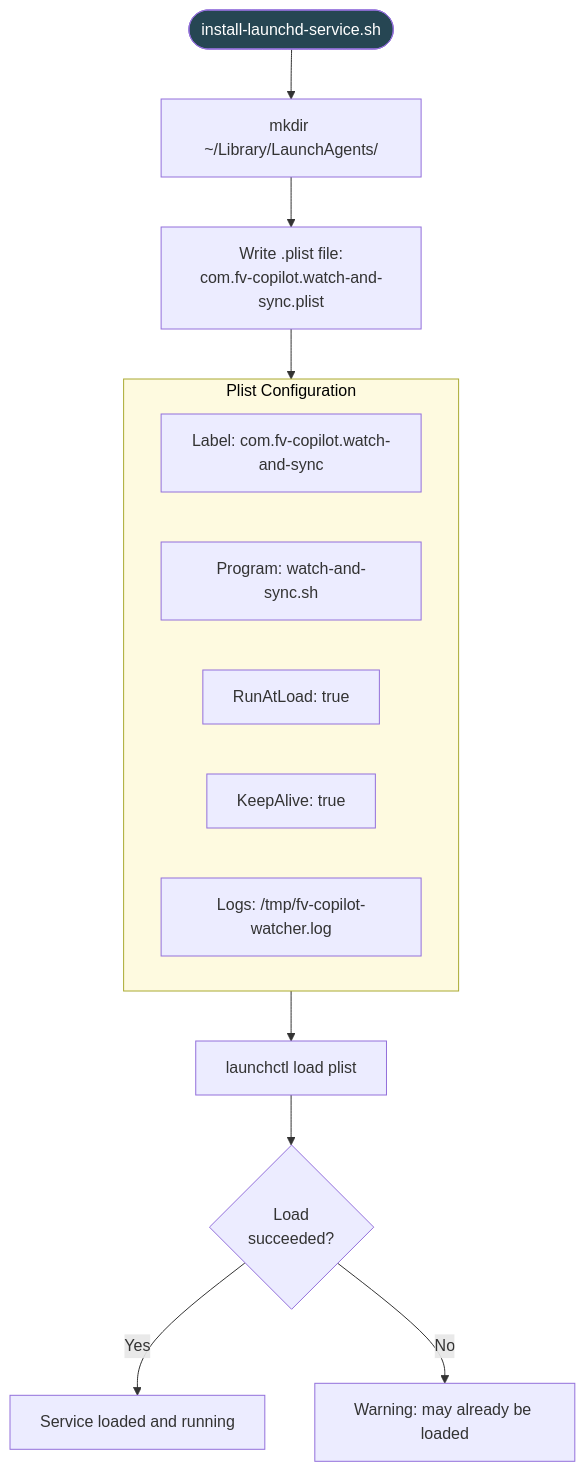
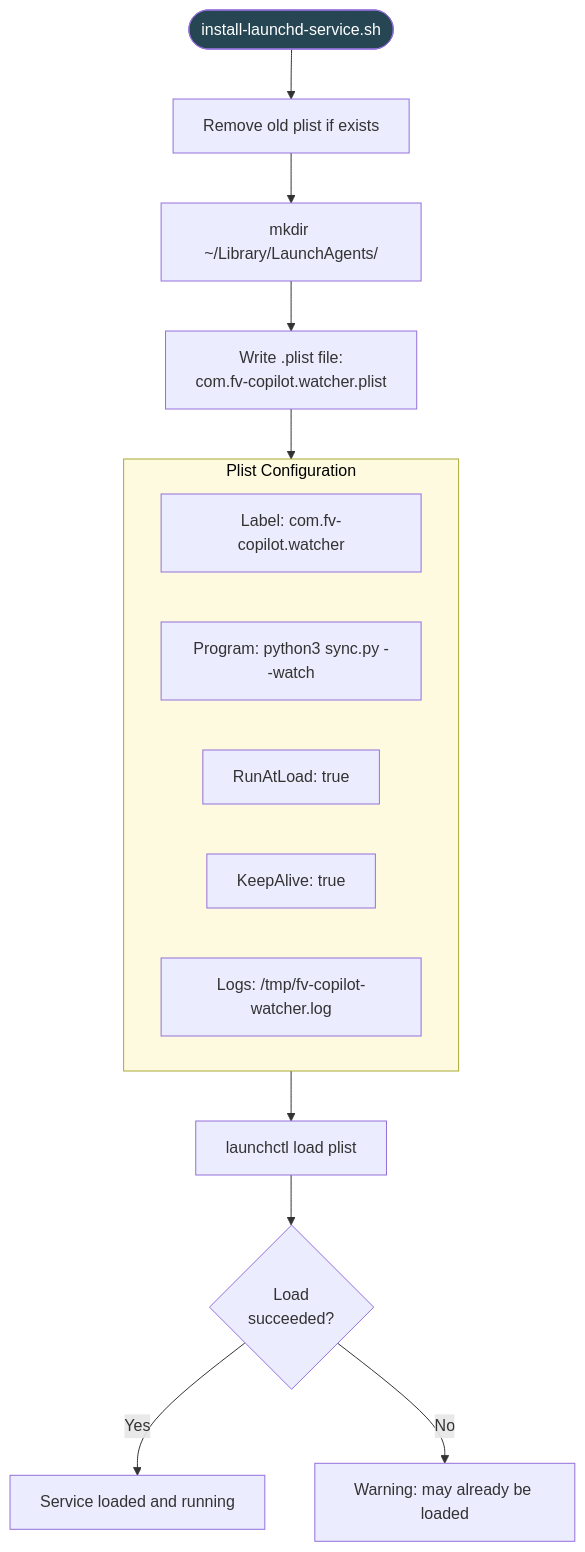
One commit to ElliottBregni/obscura changed the tenth of 16 diagrams in docs/DESIGN-DIAGRAMS.md. Above: the diagram before and after it, drawn with Mermaid. The commit also changed other lines of this file and 35 other files, not shown here.

````diff
--- a/docs/DESIGN-DIAGRAMS.md
+++ b/docs/DESIGN-DIAGRAMS.md
@@ -615,22 +326,23 @@
 ```mermaid
 flowchart TD
-    Entry([install-launchd-service.sh]) --> MkDir["mkdir ~/Library/LaunchAgents/"]
-    MkDir --> WritePlist["Write .plist file:<br/>com.fv-copilot.watch-and-sync.plist"]
+    Entry([install-launchd-service.sh]) --> CleanOld["Remove old plist if exists"]
+    CleanOld --> MkDir["mkdir ~/Library/LaunchAgents/"]
+    MkDir --> WritePlist["Write .plist file:<br/>com.fv-copilot.watcher.plist"]
 
     subgraph PlistConfig["Plist Configuration"]
-        P1["Label: com.fv-copilot.watch-and-sync"]
-        P2["Program: watch-and-sync.sh"]
+        P1["Label: com.fv-copilot.watcher"]
+        P2["Program: python3 sync.py --watch"]
         P3["RunAtLoad: true"]
         P4["KeepAlive: true"]
         P5["Logs: /tmp/fv-copilot-watcher.log"]
     end
 
     WritePlist --> PlistConfig
     PlistConfig --> Load["launchctl load plist"]
     Load --> Check{Load<br/>succeeded?}
     Check -->|Yes| Running["Service loaded and running"]
     Check -->|No| AlreadyLoaded["Warning: may already be loaded"]
 
     style Entry fill:#264653,color:#fff
     style PlistConfig fill:#fefae0,color:#000
 ```
````
